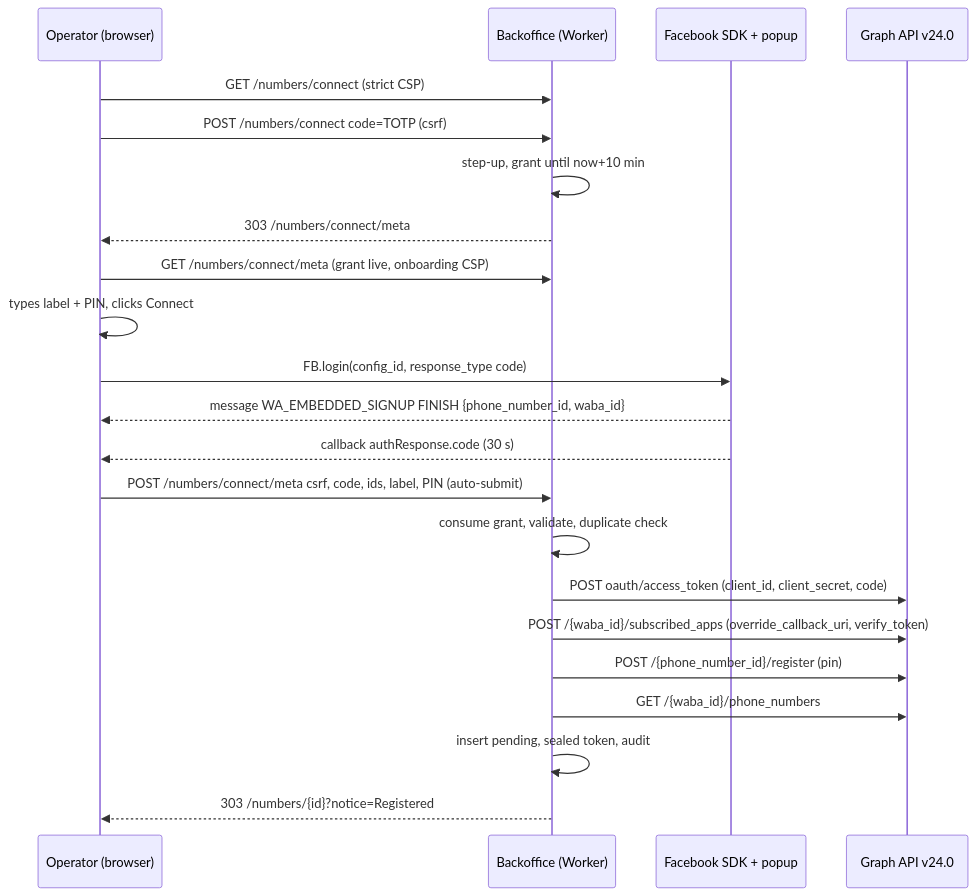
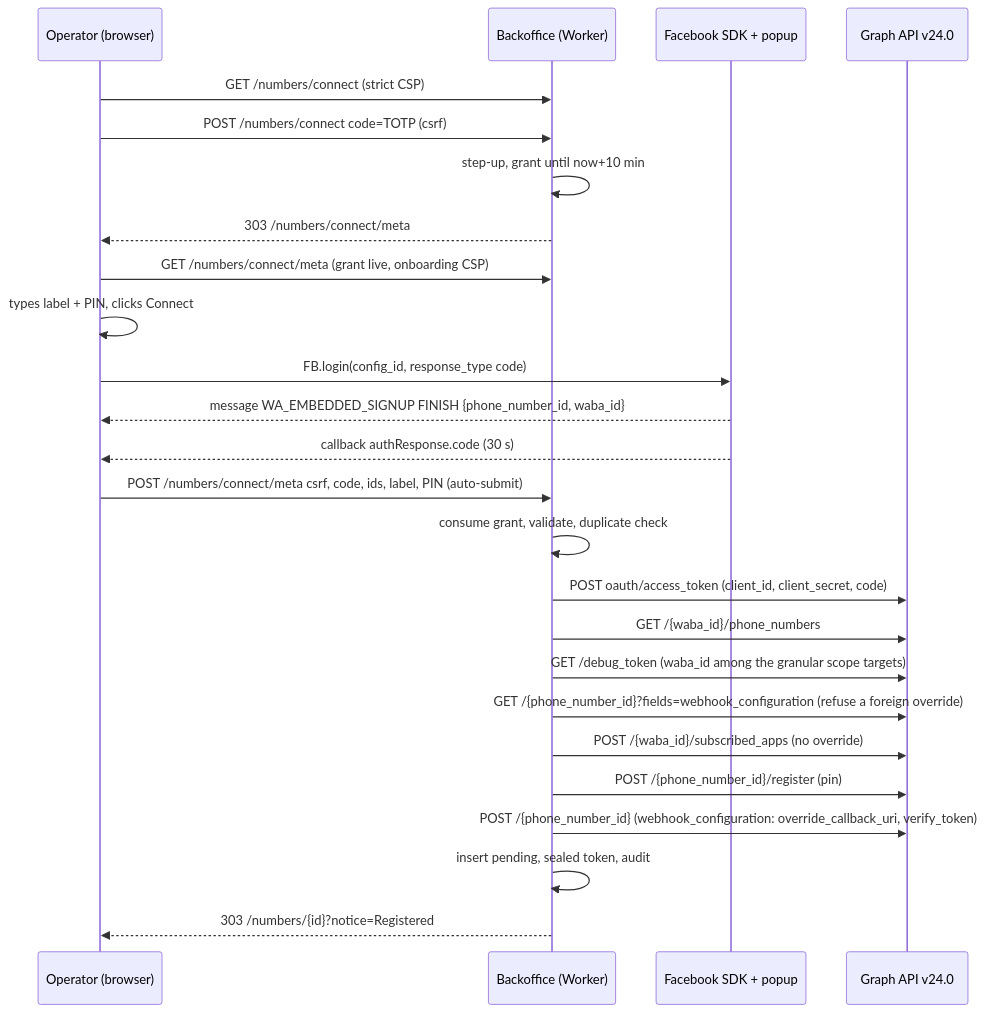
Before and after one commit to dhyegocalota/zapbip: the diagram in docs/features/meta-onboarding/spec.md, drawn with Mermaid. The commit also changed other lines of this file and 4 other files, not shown here.

Commit message:
docs(meta-onboarding): per-number webhook override, ID checks, configuration permissions, ADR 0037 style hash

````diff
--- a/docs/features/meta-onboarding/spec.md
+++ b/docs/features/meta-onboarding/spec.md
@@ -41,24 +41,27 @@
 ```mermaid
 sequenceDiagram
   participant O as Operator (browser)
   participant B as Backoffice (Worker)
   participant F as Facebook SDK + popup
   participant G as Graph API v24.0
   O->>B: GET /numbers/connect (strict CSP)
   O->>B: POST /numbers/connect code=TOTP (csrf)
   B->>B: step-up, grant until now+10 min
   B-->>O: 303 /numbers/connect/meta
   O->>B: GET /numbers/connect/meta (grant live, onboarding CSP)
   O->>O: types label + PIN, clicks Connect
   O->>F: FB.login(config_id, response_type code)
   F-->>O: message WA_EMBEDDED_SIGNUP FINISH {phone_number_id, waba_id}
   F-->>O: callback authResponse.code (30 s)
   O->>B: POST /numbers/connect/meta csrf, code, ids, label, PIN (auto-submit)
   B->>B: consume grant, validate, duplicate check
   B->>G: POST oauth/access_token (client_id, client_secret, code)
-  B->>G: POST /{waba_id}/subscribed_apps (override_callback_uri, verify_token)
+  B->>G: GET /{waba_id}/phone_numbers
+  B->>G: GET /debug_token (waba_id among the granular scope targets)
+  B->>G: GET /{phone_number_id}?fields=webhook_configuration (refuse a foreign override)
+  B->>G: POST /{waba_id}/subscribed_apps (no override)
   B->>G: POST /{phone_number_id}/register (pin)
-  B->>G: GET /{waba_id}/phone_numbers
+  B->>G: POST /{phone_number_id} (webhook_configuration: override_callback_uri, verify_token)
   B->>B: insert pending, sealed token, audit
   B-->>O: 303 /numbers/{id}?notice=Registered
 ```
````
